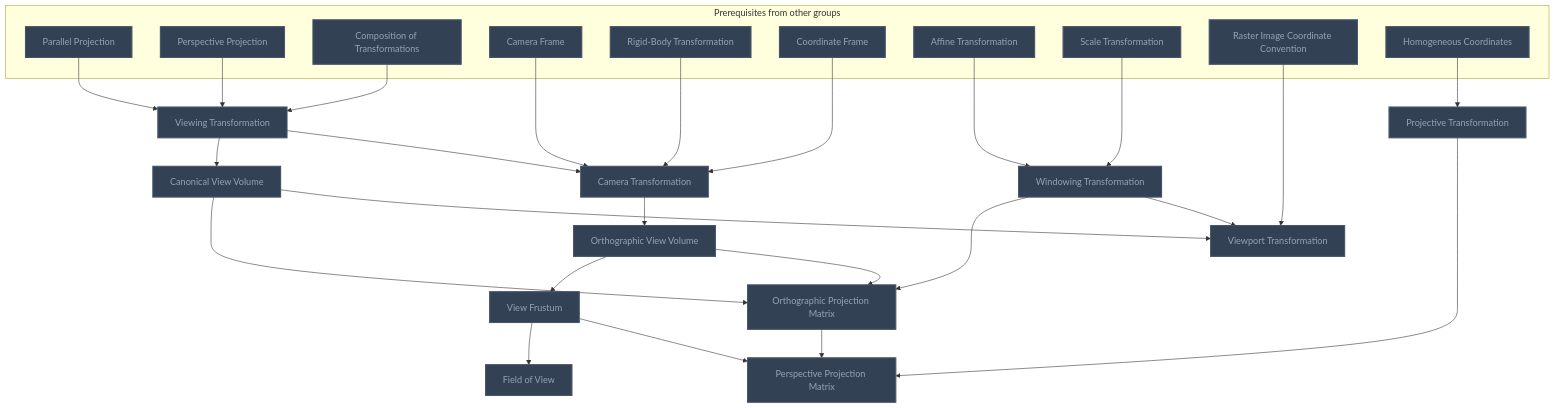
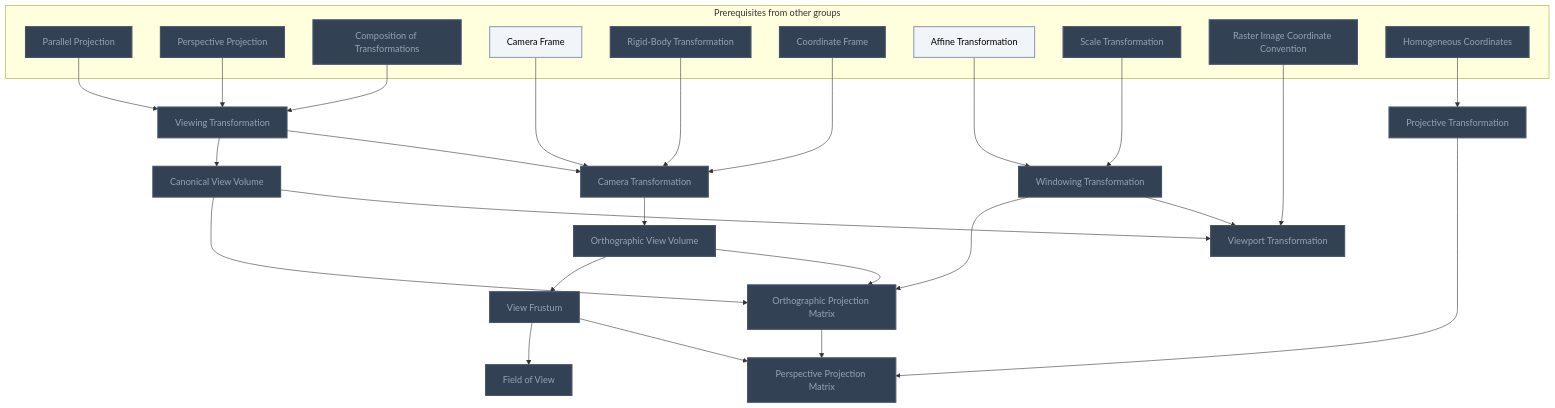
Before and after one commit to MRauf1/My-Notes: the fifth of 7 diagrams in Gamification/Skill Trees/Computer Graphics.md, drawn with Mermaid. The commit also changed other lines of this file and 57 other files, not shown here.

````diff
--- a/Gamification/Skill Trees/Computer Graphics.md
+++ b/Gamification/Skill Trees/Computer Graphics.md
@@ -248,60 +253,61 @@
 ```mermaid
 flowchart TD
     classDef planned fill:#1E293B,stroke:#64748B,stroke-width:2px,stroke-dasharray:5 5,color:#94A3B8;
     classDef locked fill:#334155,stroke:#475569,stroke-width:2px,color:#94A3B8;
     classDef L0 fill:#F1F5F9,stroke:#94A3B8,stroke-width:2px,color:#000000;
     classDef L1 fill:#22C55E,stroke:#15803D,stroke-width:2px,color:#000000;
     classDef L2 fill:#3B82F6,stroke:#1D4ED8,stroke-width:3px,color:#FFFFFF;
     classDef L3 fill:#A855F7,stroke:#6B21A8,stroke-width:3px,color:#FFFFFF,font-weight:bold;
     classDef L4 fill:#F97316,stroke:#C2410C,stroke-width:4px,color:#000000,font-weight:bold;
     classDef L5 fill:#FFD700,stroke:#FF8C00,stroke-width:5px,color:#000000,font-weight:bold;
     classDef rusty stroke:#8B4513,stroke-width:4px,stroke-dasharray:3 3;
     subgraph sg_prereqs["Prerequisites from other groups"]
         n_parallel_projection["Parallel Projection"]
         n_perspective_projection["Perspective Projection"]
         n_composition_of_transformations["Composition of Transformations"]
         n_camera_frame["Camera Frame"]
         n_rigid_body_transformation["Rigid-Body Transformation"]
         n_coordinate_frame["Coordinate Frame"]
         n_affine_transformation["Affine Transformation"]
         n_scale_transformation["Scale Transformation"]
         n_raster_image_coordinate_convention["Raster Image Coordinate Convention"]
         n_homogeneous_coordinates["Homogeneous Coordinates"]
     end
     n_viewing_transformation["Viewing Transformation"]
     n_camera_transformation["Camera Transformation"]
     n_canonical_view_volume["Canonical View Volume"]
     n_windowing_transformation["Windowing Transformation"]
     n_viewport_transformation["Viewport Transformation"]
     n_orthographic_view_volume["Orthographic View Volume"]
     n_orthographic_projection_matrix["Orthographic Projection Matrix"]
     n_projective_transformation["Projective Transformation"]
     n_view_frustum["View Frustum"]
     n_perspective_projection_matrix["Perspective Projection Matrix"]
     n_field_of_view["Field of View"]
     n_parallel_projection --> n_viewing_transformation
     n_perspective_projection --> n_viewing_transformation
     n_composition_of_transformations --> n_viewing_transformation
     n_camera_frame --> n_camera_transformation
     n_rigid_body_transformation --> n_camera_transformation
     n_coordinate_frame --> n_camera_transformation
     n_viewing_transformation --> n_camera_transformation
     n_viewing_transformation --> n_canonical_view_volume
     n_affine_transformation --> n_windowing_transformation
     n_scale_transformation --> n_windowing_transformation
     n_raster_image_coordinate_convention --> n_viewport_transformation
     n_canonical_view_volume --> n_viewport_transformation
     n_windowing_transformation --> n_viewport_transformation
     n_camera_transformation --> n_orthographic_view_volume
     n_canonical_view_volume --> n_orthographic_projection_matrix
     n_windowing_transformation --> n_orthographic_projection_matrix
     n_orthographic_view_volume --> n_orthographic_projection_matrix
     n_homogeneous_coordinates --> n_projective_transformation
     n_orthographic_view_volume --> n_view_frustum
     n_orthographic_projection_matrix --> n_perspective_projection_matrix
     n_projective_transformation --> n_perspective_projection_matrix
     n_view_frustum --> n_perspective_projection_matrix
     n_view_frustum --> n_field_of_view
-    class n_parallel_projection,n_perspective_projection,n_composition_of_transformations,n_camera_frame,n_rigid_body_transformation,n_coordinate_frame,n_affine_transformation,n_scale_transformation,n_raster_image_coordinate_convention,n_homogeneous_coordinates,n_viewing_transformation,n_camera_transformation,n_canonical_view_volume,n_windowing_transformation,n_viewport_transformation,n_orthographic_view_volume,n_orthographic_projection_matrix,n_projective_transformation,n_view_frustum,n_perspective_projection_matrix,n_field_of_view locked;
+    class n_parallel_projection,n_perspective_projection,n_composition_of_transformations,n_rigid_body_transformation,n_coordinate_frame,n_scale_transformation,n_raster_image_coordinate_convention,n_homogeneous_coordinates,n_viewing_transformation,n_camera_transformation,n_canonical_view_volume,n_windowing_transformation,n_viewport_transformation,n_orthographic_view_volume,n_orthographic_projection_matrix,n_projective_transformation,n_view_frustum,n_perspective_projection_matrix,n_field_of_view locked;
+    class n_camera_frame,n_affine_transformation L0;
     class n_parallel_projection,n_perspective_projection,n_composition_of_transformations,n_camera_frame,n_rigid_body_transformation,n_coordinate_frame,n_affine_transformation,n_scale_transformation,n_raster_image_coordinate_convention,n_homogeneous_coordinates,n_viewing_transformation,n_camera_transformation,n_canonical_view_volume,n_windowing_transformation,n_viewport_transformation,n_orthographic_view_volume,n_orthographic_projection_matrix,n_projective_transformation,n_view_frustum,n_perspective_projection_matrix,n_field_of_view internal-link;
 ```
````
